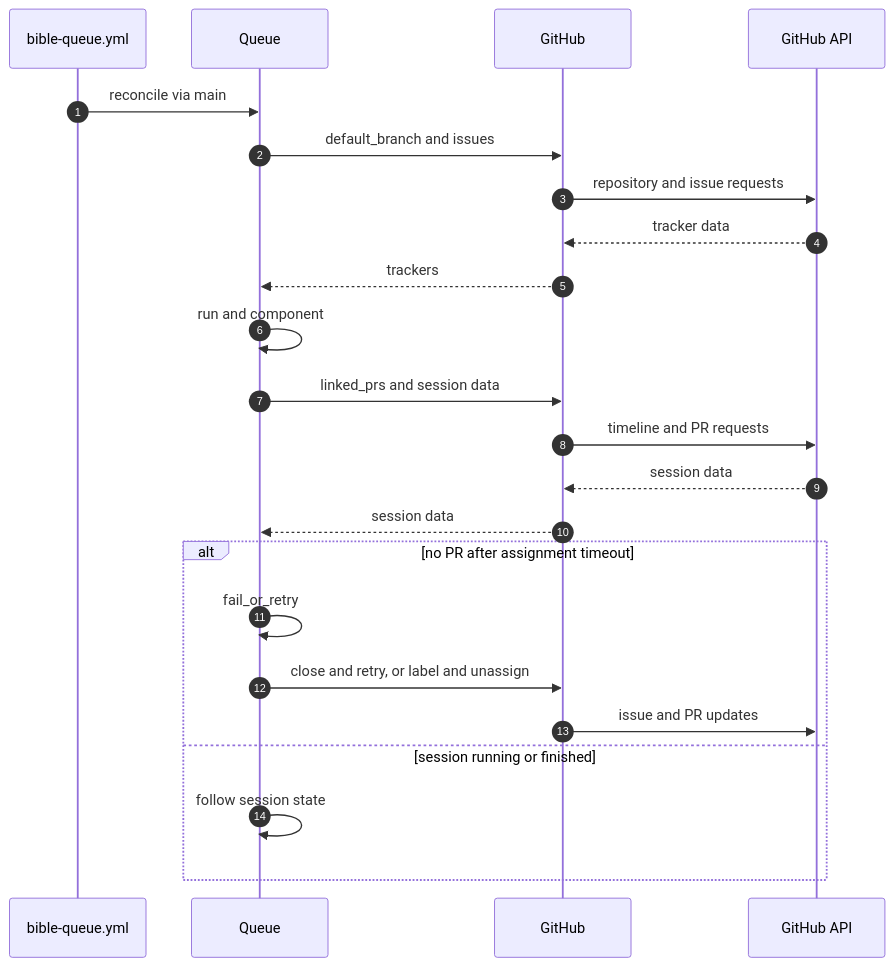
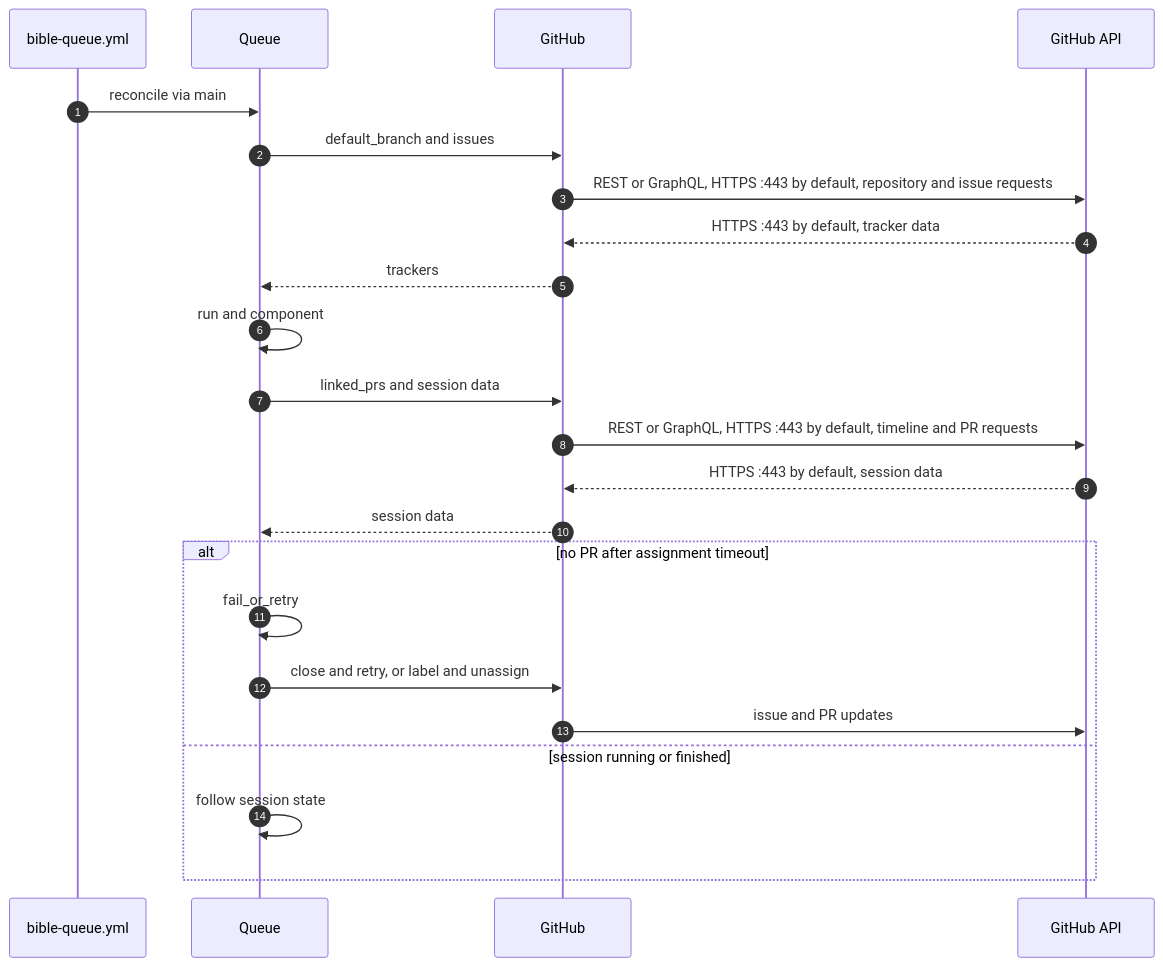
The second of 4 diagrams in codebase-analysis/lld/bible-mode-b/README.md (vishalc412/bible-mode-b-test), drawn with Mermaid before and after one commit. The commit also changed other lines of this file and 27 other files, not shown here.

````diff
--- a/codebase-analysis/lld/bible-mode-b/README.md
+++ b/codebase-analysis/lld/bible-mode-b/README.md
@@ -77,25 +77,25 @@
 ```mermaid
 sequenceDiagram
   autonumber
   participant Workflow as bible-queue.yml
   participant Queue
   participant GitHub
   participant API as GitHub API
   Workflow->>Queue: reconcile via main
   Queue->>GitHub: default_branch and issues
-  GitHub->>API: repository and issue requests
-  API-->>GitHub: tracker data
+  GitHub->>API: REST or GraphQL, HTTPS :443 by default, repository and issue requests
+  API-->>GitHub: HTTPS :443 by default, tracker data
   GitHub-->>Queue: trackers
   Queue->>Queue: run and component
   Queue->>GitHub: linked_prs and session data
-  GitHub->>API: timeline and PR requests
-  API-->>GitHub: session data
+  GitHub->>API: REST or GraphQL, HTTPS :443 by default, timeline and PR requests
+  API-->>GitHub: HTTPS :443 by default, session data
   GitHub-->>Queue: session data
   alt no PR after assignment timeout
     Queue->>Queue: fail_or_retry
     Queue->>GitHub: close and retry, or label and unassign
     GitHub->>API: issue and PR updates
   else session running or finished
     Queue->>Queue: follow session state
   end
 ```
````
